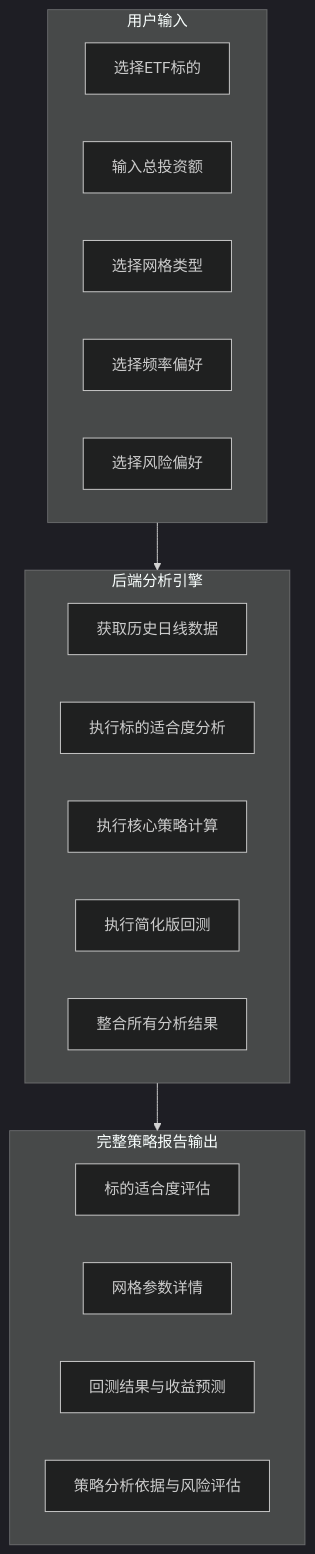
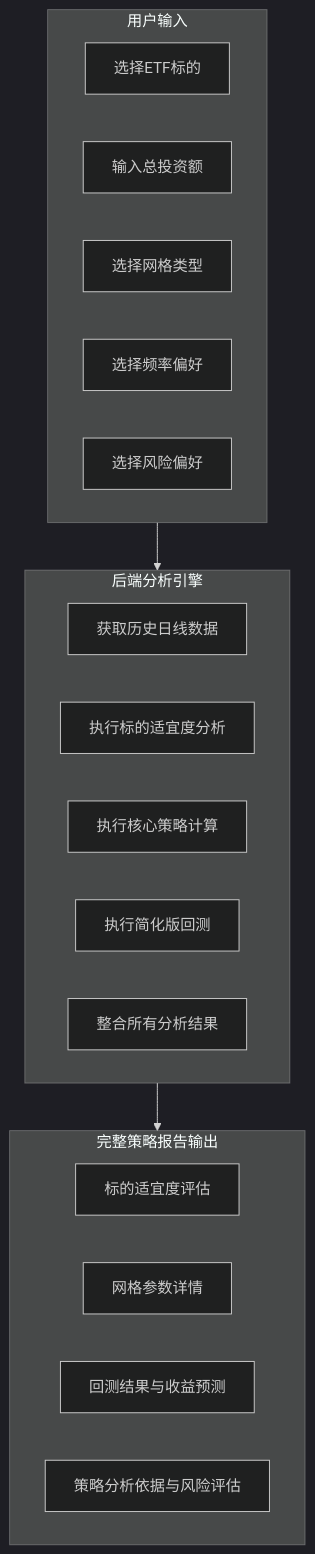
The diagram in story.md (jorben/etf-grid-design), drawn with Mermaid (dark theme) before and after one commit. The commit also changed other lines of this file and 11 other files, not shown here.

````diff
--- a/story.md
+++ b/story.md
@@ -46,28 +46,28 @@
 ```mermaid
 graph TD
     subgraph A[用户输入]
         A1[选择ETF标的]
         A2[输入总投资额]
         A3[选择网格类型]
         A4[选择频率偏好]
         A5[选择风险偏好]
     end
 
     subgraph B[后端分析引擎]
         B1[获取历史日线数据]
-        B2[执行标的适合度分析]
+        B2[执行标的适宜度分析]
         B3[执行核心策略计算]
         B4[执行简化版回测]
         B5[整合所有分析结果]
     end
 
     subgraph C[完整策略报告输出]
-        C1[标的适合度评估]
+        C1[标的适宜度评估]
         C2[网格参数详情]
         C3[回测结果与收益预测]
         C4[策略分析依据与风险评估]
     end
 
     A --> B
     B --> C
 ```
````
